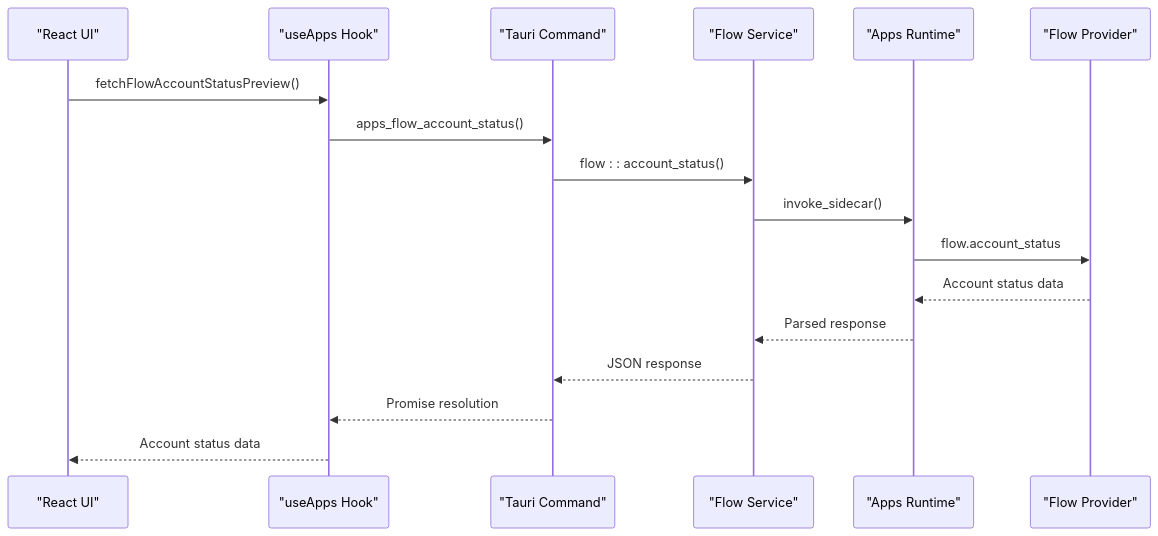
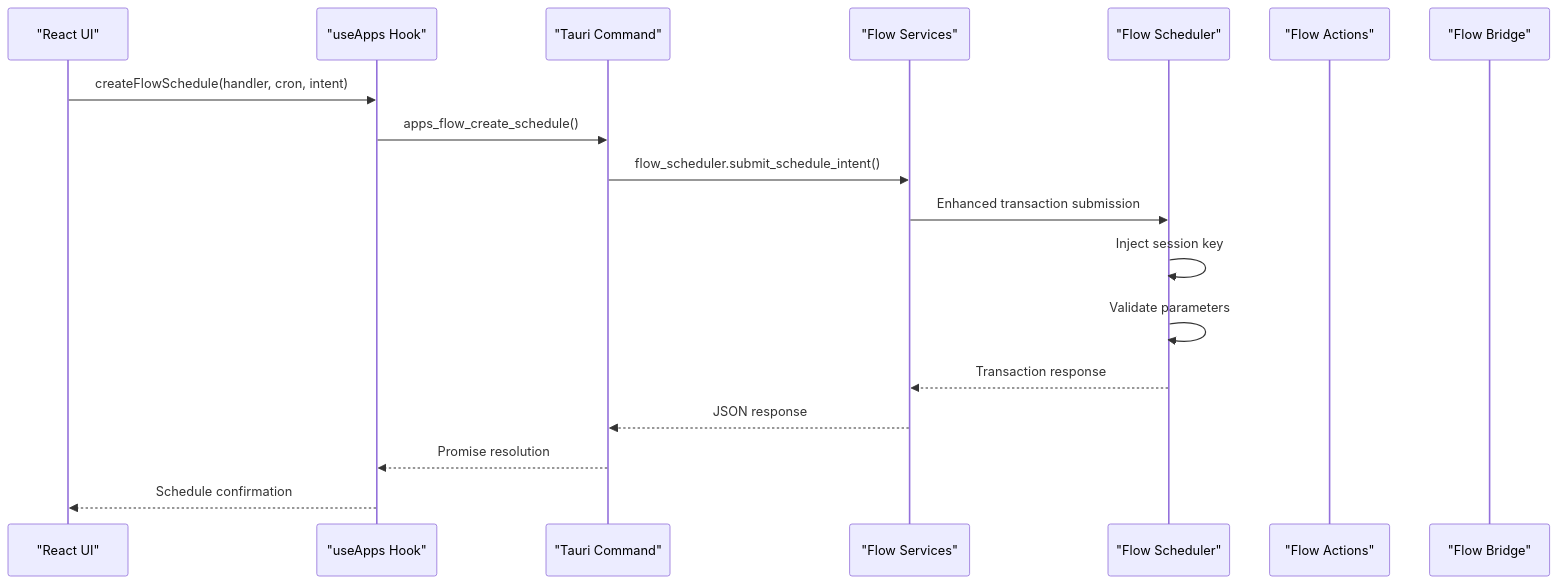
One commit to sanketnighot/shadow-protocol changed diagram 11 of 15 in .qoder/repowiki/en/content/Backend Services Architecture/Wallet & Blockchain Services/Flow Integration Guide.md. Above: the diagram before and after it, drawn with Mermaid. The commit also changed other lines of this file and 9 other files, not shown here.

First line of the commit message:
feat: Enhance SHADOW Protocol with new Flow and AI services integration

````diff
--- a/.qoder/repowiki/en/content/Backend Services Architecture/Wallet & Blockchain Services/Flow Integration Guide.md
+++ b/.qoder/repowiki/en/content/Backend Services Architecture/Wallet & Blockchain Services/Flow Integration Guide.md
@@ -249,19 +519,20 @@
 ```mermaid
 sequenceDiagram
 participant UI as "React UI"
 participant Hook as "useApps Hook"
 participant Command as "Tauri Command"
-participant Service as "Flow Service"
-participant Runtime as "Apps Runtime"
-participant Provider as "Flow Provider"
-UI->>Hook : fetchFlowAccountStatusPreview()
-Hook->>Command : apps_flow_account_status()
-Command->>Service : flow : : account_status()
-Service->>Runtime : invoke_sidecar()
-Runtime->>Provider : flow.account_status
-Provider-->>Runtime : Account status data
-Runtime-->>Service : Parsed response
+participant Service as "Flow Services"
+participant Scheduler as "Flow Scheduler"
+participant Actions as "Flow Actions"
+participant Bridge as "Flow Bridge"
+UI->>Hook : createFlowSchedule(handler, cron, intent)
+Hook->>Command : apps_flow_create_schedule()
+Command->>Service : flow_scheduler.submit_schedule_intent()
+Service->>Scheduler : Enhanced transaction submission
+Scheduler->>Scheduler : Inject session key
+Scheduler->>Scheduler : Validate parameters
+Scheduler-->>Service : Transaction response
 Service-->>Command : JSON response
 Command-->>Hook : Promise resolution
-Hook-->>UI : Account status data
+Hook-->>UI : Schedule confirmation
 ```
````
